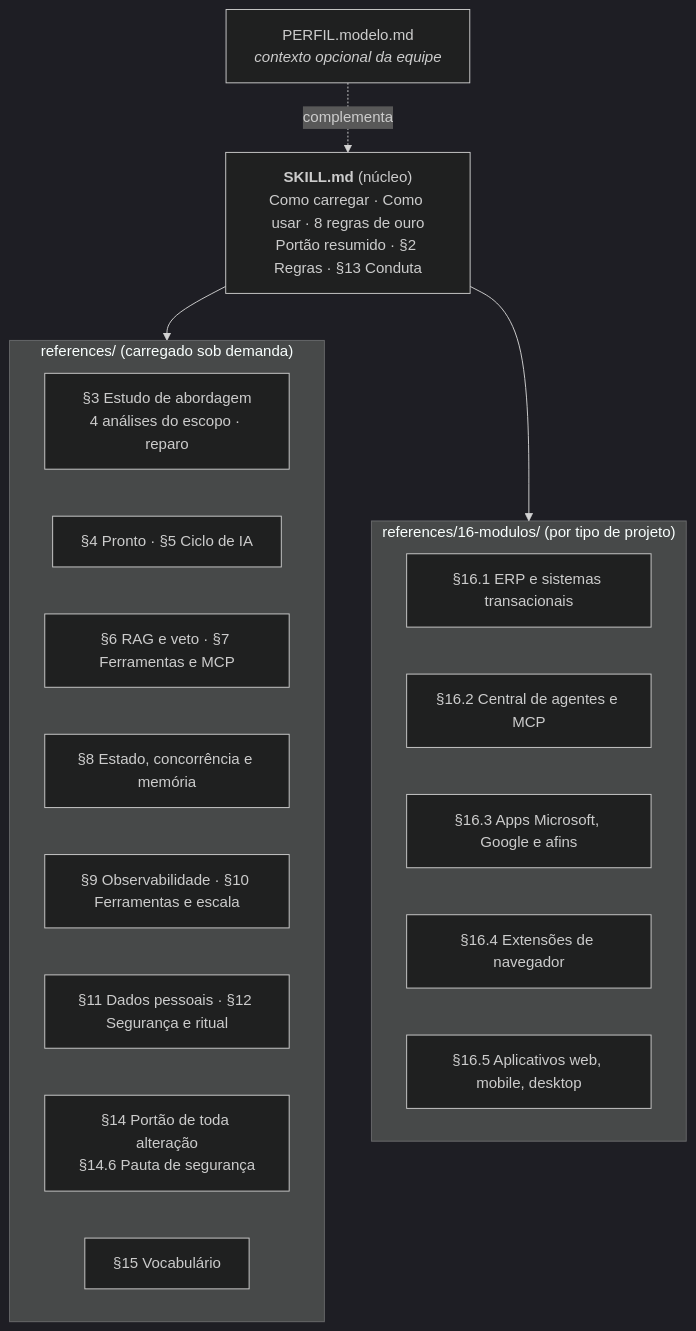
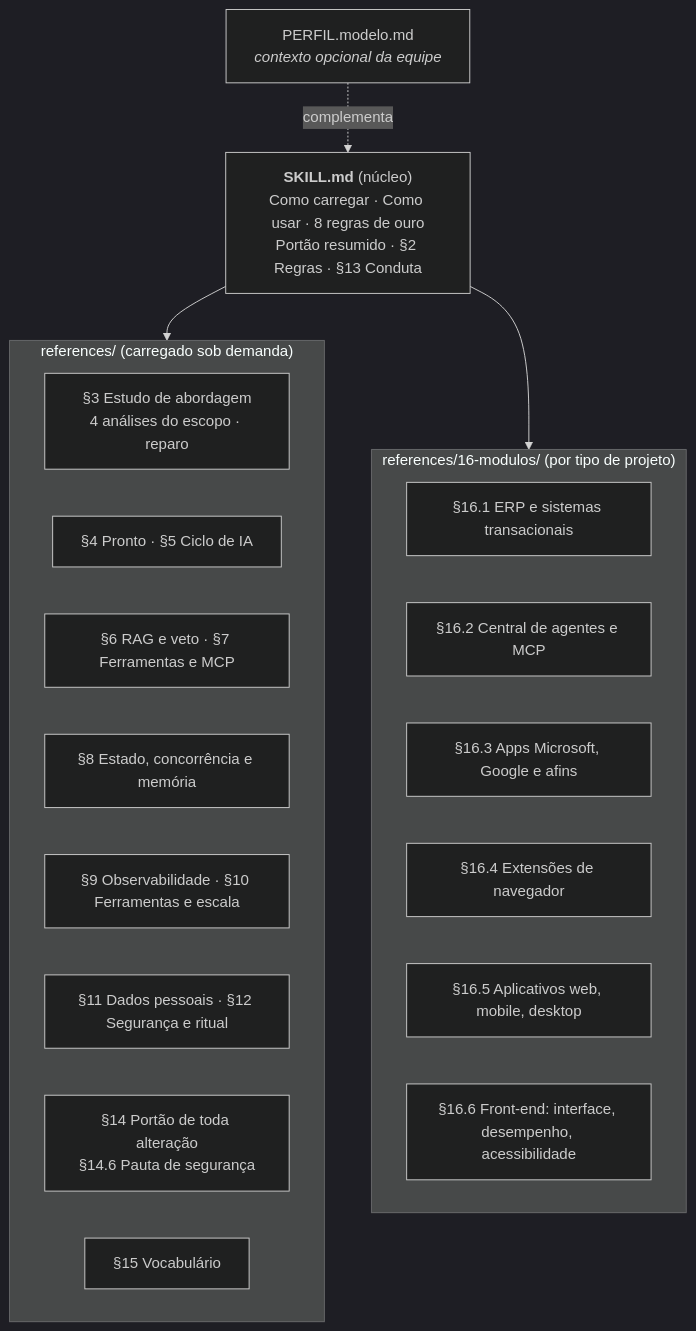
The diagram in README.md (sergiojuniorreis/metodo-engenharia-software), drawn with Mermaid (dark theme) before and after one commit. The commit also changed other lines of this file and 3 other files, not shown here.

````diff
--- a/README.md
+++ b/README.md
@@ -64,28 +64,29 @@
 ```mermaid
 flowchart TD
     N["<b>SKILL.md</b> (núcleo)<br/>Como carregar · Como usar · 8 regras de ouro<br/>Portão resumido · §2 Regras · §13 Conduta"]
     P["PERFIL.modelo.md<br/><i>contexto opcional da equipe</i>"]
 
     subgraph REF["references/ (carregado sob demanda)"]
         R3["§3 Estudo de abordagem<br/>4 análises do escopo · reparo"]
         R45["§4 Pronto · §5 Ciclo de IA"]
         R67["§6 RAG e veto · §7 Ferramentas e MCP"]
         R8["§8 Estado, concorrência e memória"]
         R910["§9 Observabilidade · §10 Ferramentas e escala"]
         R1112["§11 Dados pessoais · §12 Segurança e ritual"]
         R14["§14 Portão de toda alteração<br/>§14.6 Pauta de segurança"]
         R15["§15 Vocabulário"]
     end
 
     subgraph MOD["references/16-modulos/ (por tipo de projeto)"]
         M1["§16.1 ERP e sistemas transacionais"]
         M2["§16.2 Central de agentes e MCP"]
         M3["§16.3 Apps Microsoft, Google e afins"]
         M4["§16.4 Extensões de navegador"]
         M5["§16.5 Aplicativos web, mobile, desktop"]
+        M6["§16.6 Front-end: interface, desempenho, acessibilidade"]
     end
 
     N --> REF
     N --> MOD
     P -. complementa .-> N
 ```
````
